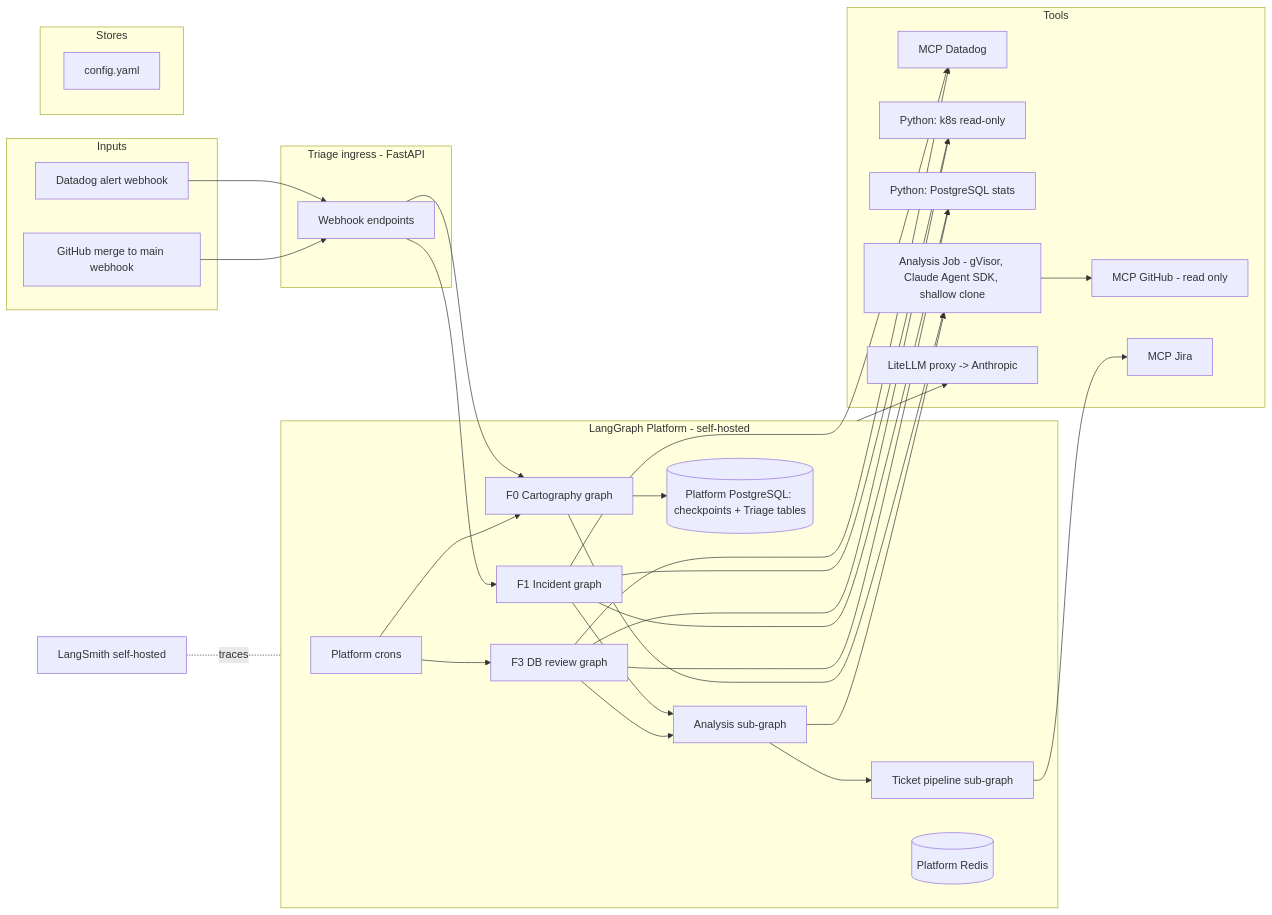
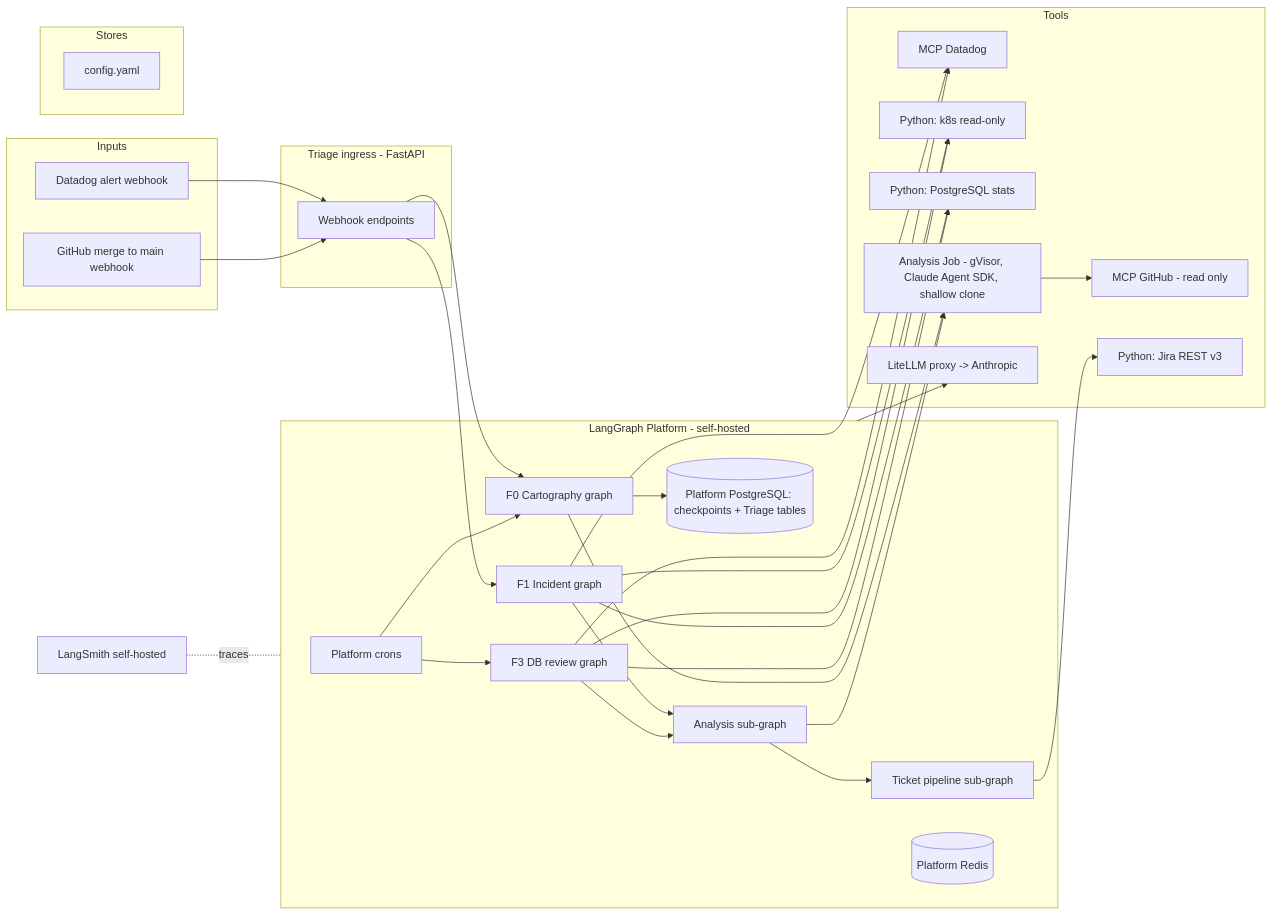
Before and after one commit to jburet/triage: the diagram in docs/architecture.md, drawn with Mermaid. The commit also changed other lines of this file and 14 other files, not shown here.

First line of the commit message:
Reach Jira over REST v3 instead of MCP

````diff
--- a/docs/architecture.md
+++ b/docs/architecture.md
@@ -32,50 +32,50 @@
 ```mermaid
 flowchart LR
     subgraph Inputs
         DD[Datadog alert webhook]
         GH_WH[GitHub merge to main webhook]
     end
 
     subgraph ING[Triage ingress - FastAPI]
         API[Webhook endpoints]
     end
 
     subgraph LGP[LangGraph Platform - self-hosted]
         CRON[Platform crons]
         G0[F0 Cartography graph]
         G1[F1 Incident graph]
         G3[F3 DB review graph]
         GA[Analysis sub-graph]
         GT[Ticket pipeline sub-graph]
         PG[(Platform PostgreSQL: checkpoints + Triage tables)]
         RD[(Platform Redis)]
     end
 
     subgraph Stores
         YAML[config.yaml]
     end
 
     subgraph Tools
         MCP_DD[MCP Datadog]
         MCP_GH[MCP GitHub - read only]
-        MCP_JIRA[MCP Jira]
+        PY_JIRA[Python: Jira REST v3]
         PY_K8S[Python: k8s read-only]
         PY_PG[Python: PostgreSQL stats]
         SBX[Analysis Job - gVisor, Claude Agent SDK, shallow clone]
         LLM[LiteLLM proxy -> Anthropic]
     end
 
     DD --> API --> G1
     GH_WH --> API --> G0
     CRON --> G3
     CRON --> G0
 
     G1 & G3 --> GA --> GT
     G0 --> SBX
     G0 --> PG
-    GT --> MCP_JIRA
+    GT --> PY_JIRA
     GA --> SBX --> MCP_GH
     G1 & G3 --> MCP_DD & PY_K8S & PY_PG
     LGP --> LLM
     LS[LangSmith self-hosted] -.traces.- LGP
 ```
````
